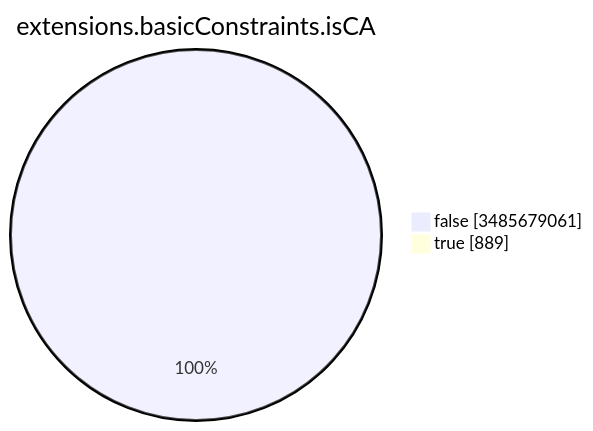
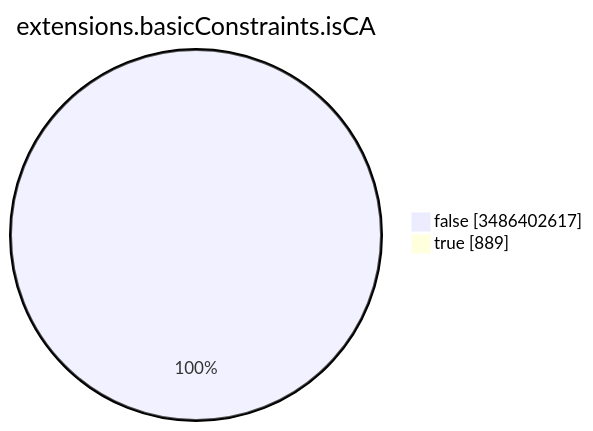
One commit to christiankrug/ctmonitor_visualization changed the seventh of 15 diagrams in TOTAL/README.md. Above: the diagram before and after it, drawn with Mermaid. The commit also changed other lines of this file, not shown here.

````diff
--- a/TOTAL/README.md
+++ b/TOTAL/README.md
@@ -3093,6 +3093,6 @@
 ```mermaid
 pie showData
 title extensions.basicConstraints.isCA
-"false" :3485679061
+"false" :3486402617
 "true" :889
 ```
````
